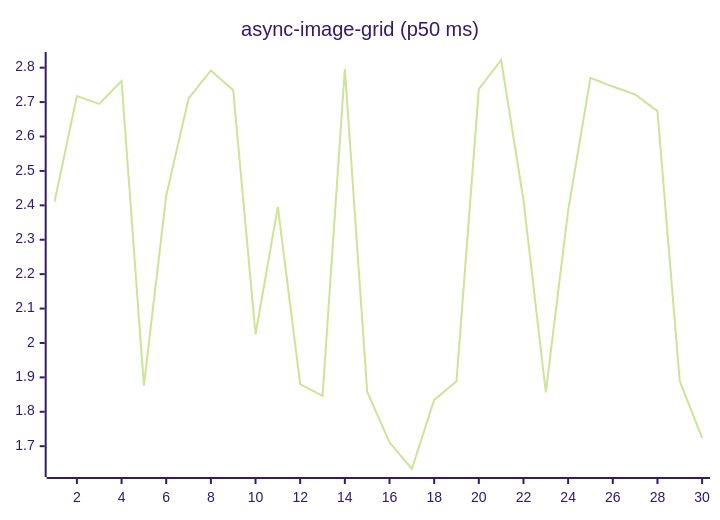
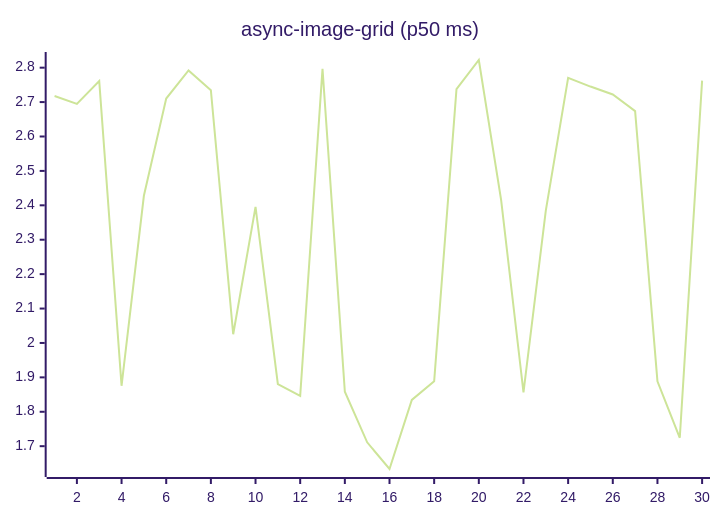
Before and after one commit to josha/Facet: the fifth of 27 diagrams in README.md, drawn with Mermaid (forest theme). The commit also changed other lines of this file and 2 other files, not shown here.

````diff
--- a/README.md
+++ b/README.md
@@ -91,6 +91,6 @@
 ```mermaid
 xychart-beta
     title "async-image-grid (p50 ms)"
     x-axis 1 --> 30
-    line [2.4103, 2.7175, 2.6949, 2.7614, 1.8756, 2.4277, 2.7103, 2.7919, 2.7346, 2.0254, 2.3955, 1.8801, 1.8461, 2.7970, 1.8583, 1.7113, 1.6337, 1.8346, 1.8885, 2.7375, 2.8223, 2.4153, 1.8565, 2.3845, 2.7705, 2.7451, 2.7222, 2.6737, 1.8884, 1.7244]
+    line [2.7175, 2.6949, 2.7614, 1.8756, 2.4277, 2.7103, 2.7919, 2.7346, 2.0254, 2.3955, 1.8801, 1.8461, 2.7970, 1.8583, 1.7113, 1.6337, 1.8346, 1.8885, 2.7375, 2.8223, 2.4153, 1.8565, 2.3845, 2.7705, 2.7451, 2.7222, 2.6737, 1.8884, 1.7244, 2.7624]
 ```
````
